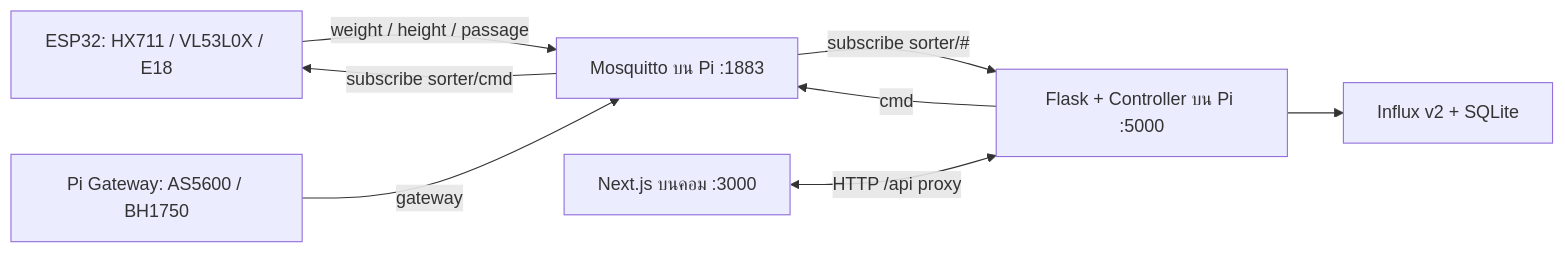
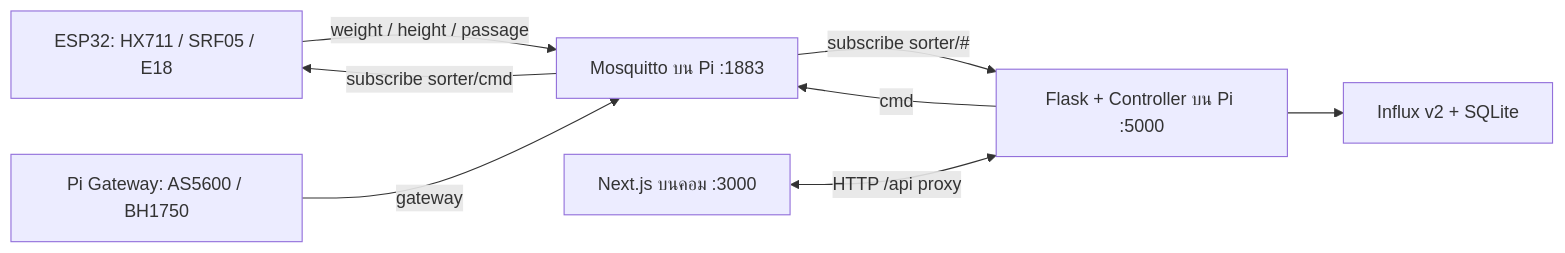
The diagram in docs/testing/METRIC_AUDIT_TH.md (NAnont27/IoT-mini-sorting-hub), drawn with Mermaid before and after one commit. The commit also changed other lines of this file and 16 other files, not shown here.

First line of the commit message:
feat: switch height sensor to HY-SRF05 and bench updates

````diff
--- a/docs/testing/METRIC_AUDIT_TH.md
+++ b/docs/testing/METRIC_AUDIT_TH.md
@@ -84,10 +84,10 @@
 ```mermaid
 flowchart LR
-    ESP["ESP32: HX711 / VL53L0X / E18"] -->|"weight / height / passage"| MQTT["Mosquitto บน Pi :1883"]
+    ESP["ESP32: HX711 / SRF05 / E18"] -->|"weight / height / passage"| MQTT["Mosquitto บน Pi :1883"]
     GW["Pi Gateway: AS5600 / BH1750"] -->|"gateway"| MQTT
     MQTT -->|"subscribe sorter/#"| API["Flask + Controller บน Pi :5000"]
     API -->|"cmd"| MQTT
     MQTT -->|"subscribe sorter/cmd"| ESP
     API --> DB["Influx v2 + SQLite"]
     PC["Next.js บนคอม :3000"] <-->|"HTTP /api proxy"| API
 ```
````
